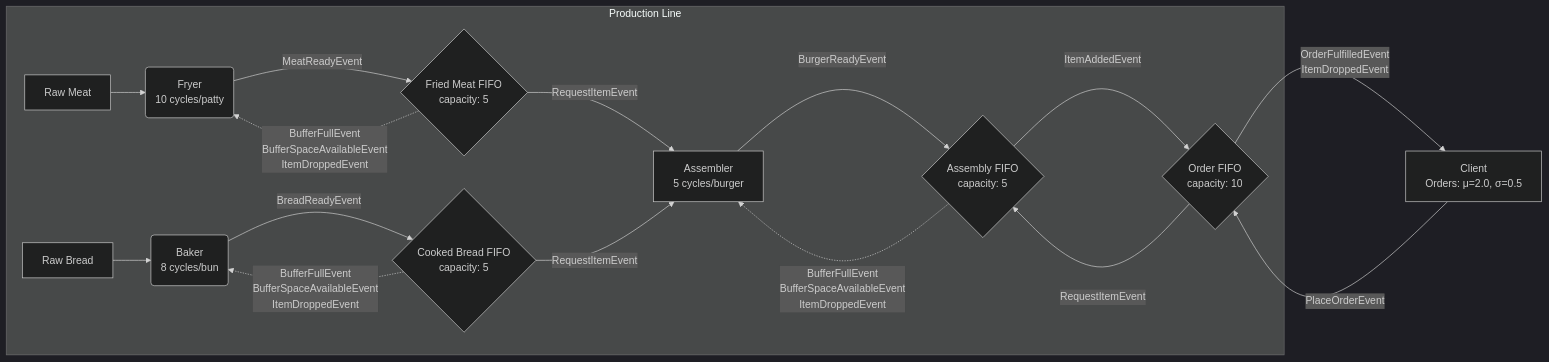
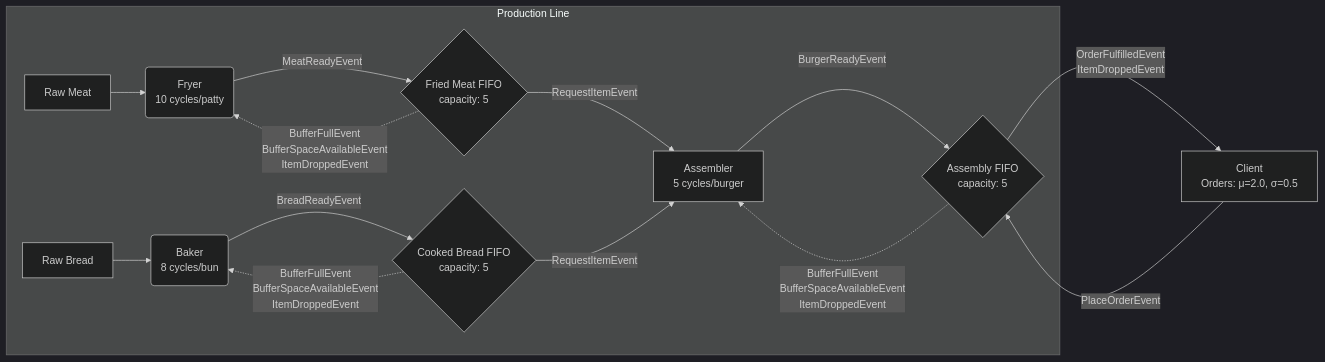
Before and after one commit to Windofbitter/rsim: the diagram in burger_design.md, drawn with Mermaid (dark theme). The commit also changed other lines of this file, not shown here.

First line of the commit message:
Remove redundant OrderBuffer from burger production design

````diff
--- a/burger_design.md
+++ b/burger_design.md
@@ -5,30 +5,27 @@
 ```mermaid
 graph LR
     A[Raw Meat] --> B(Fryer<br/>10 cycles/patty)
     B -->|MeatReadyEvent| C{Fried Meat FIFO<br/>capacity: 5}
     D[Raw Bread] --> E(Baker<br/>8 cycles/bun)
     E -->|BreadReadyEvent| F{Cooked Bread FIFO<br/>capacity: 5}
     C -->|RequestItemEvent| G[Assembler<br/>5 cycles/burger]
     F -->|RequestItemEvent| G
     G -->|BurgerReadyEvent| I{Assembly FIFO<br/>capacity: 5}
-    H[Client<br/>Orders: μ=2.0, σ=0.5] -->|PlaceOrderEvent| J{Order FIFO<br/>capacity: 10}
-    J -->|RequestItemEvent| I
-    J -->|OrderFulfilledEvent<br/>ItemDroppedEvent| H
+    H[Client<br/>Orders: μ=2.0, σ=0.5] -->|PlaceOrderEvent| I
+    I -->|OrderFulfilledEvent<br/>ItemDroppedEvent| H
 
     subgraph "Production Line"
         A
         B
         C
         D
         E
         F
         G
         I
-        J
     end
 
     C -.->|BufferFullEvent<br/>BufferSpaceAvailableEvent<br/>ItemDroppedEvent| B
     F -.->|BufferFullEvent<br/>BufferSpaceAvailableEvent<br/>ItemDroppedEvent| E
     I -.->|BufferFullEvent<br/>BufferSpaceAvailableEvent<br/>ItemDroppedEvent| G
-    I -->|ItemAddedEvent| J
 ```
````
